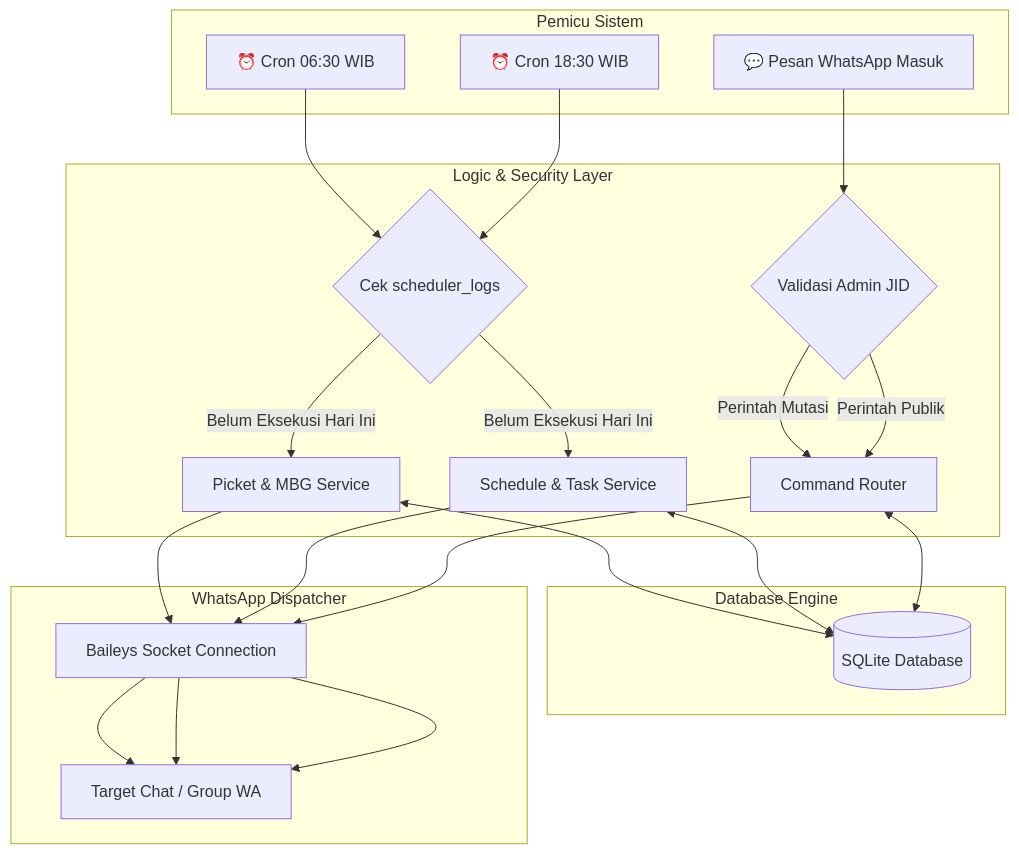
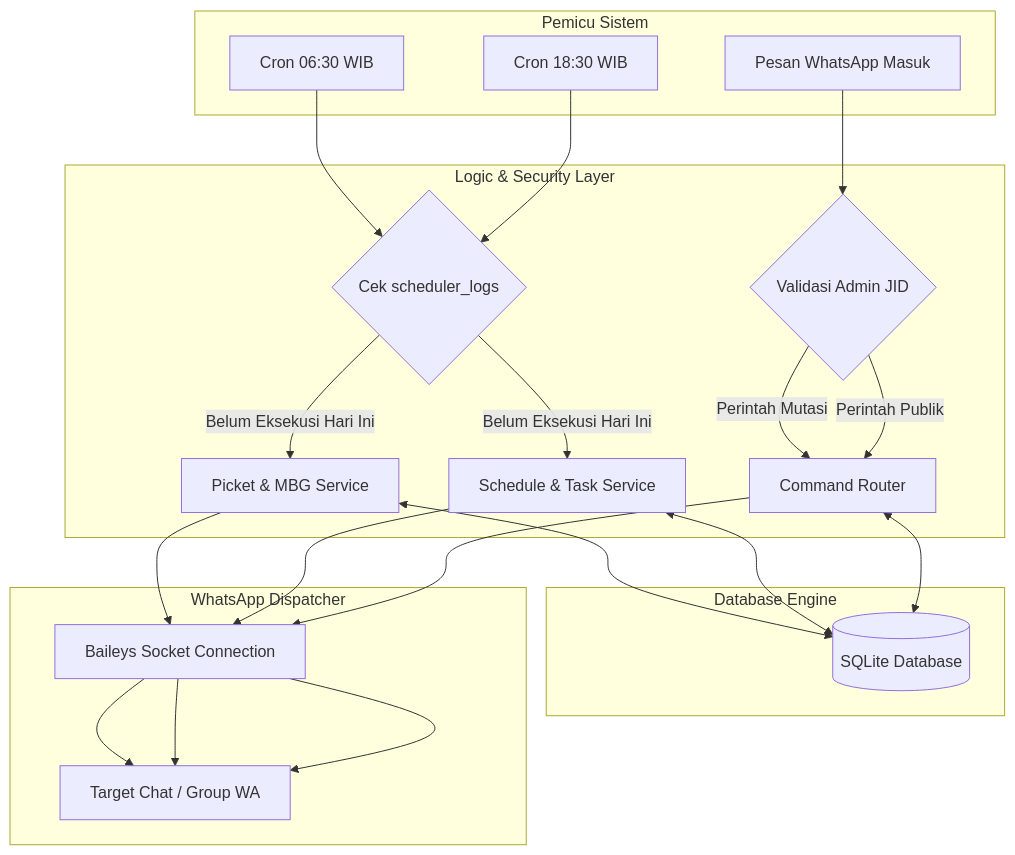
The first of 3 diagrams in README.md (fendyramadhani9-cloud/Bot-tugas-reminder), drawn with Mermaid before and after one commit. The commit also changed other lines of this file, not shown here.

````diff
--- a/README.md
+++ b/README.md
@@ -56,44 +56,44 @@
 ```mermaid
 flowchart TD
     subgraph Trigger [Pemicu Sistem]
-        A1[⏰ Cron 06:30 WIB]
-        A2[⏰ Cron 18:30 WIB]
-        A3[💬 Pesan WhatsApp Masuk]
+        A1[Cron 06:30 WIB]
+        A2[Cron 18:30 WIB]
+        A3[Pesan WhatsApp Masuk]
     end
 
     subgraph Core [Logic & Security Layer]
         B1{Cek scheduler_logs}
         B2[Picket & MBG Service]
         B3[Schedule & Task Service]
         B4{Validasi Admin JID}
         B5[Command Router]
     end
 
     subgraph Storage [Database Engine]
         DB[(SQLite Database)]
     end
 
     subgraph Output [WhatsApp Dispatcher]
         WA[Baileys Socket Connection]
         TG[Target Chat / Group WA]
     end
 
     %% Cron 06:30 Flow
     A1 --> B1
     B1 -- Belum Eksekusi Hari Ini --> B2
     B2 <--> DB
     B2 --> WA --> TG
 
     %% Cron 18:30 Flow
     A2 --> B1
     B1 -- Belum Eksekusi Hari Ini --> B3
     B3 <--> DB
     B3 --> WA --> TG
 
     %% Message Flow
     A3 --> B4
     B4 -- Perintah Mutasi --> B5
     B4 -- Perintah Publik --> B5
     B5 <--> DB
     B5 --> WA --> TG
 ```
````
